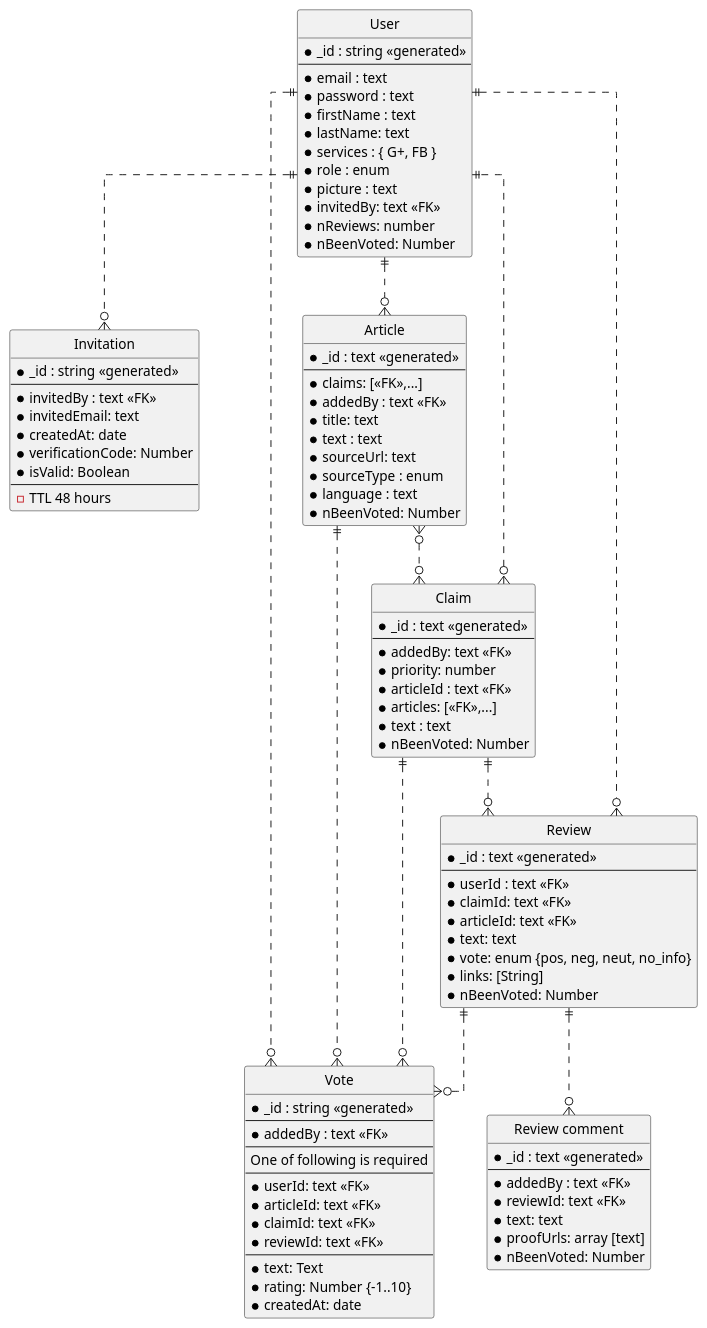
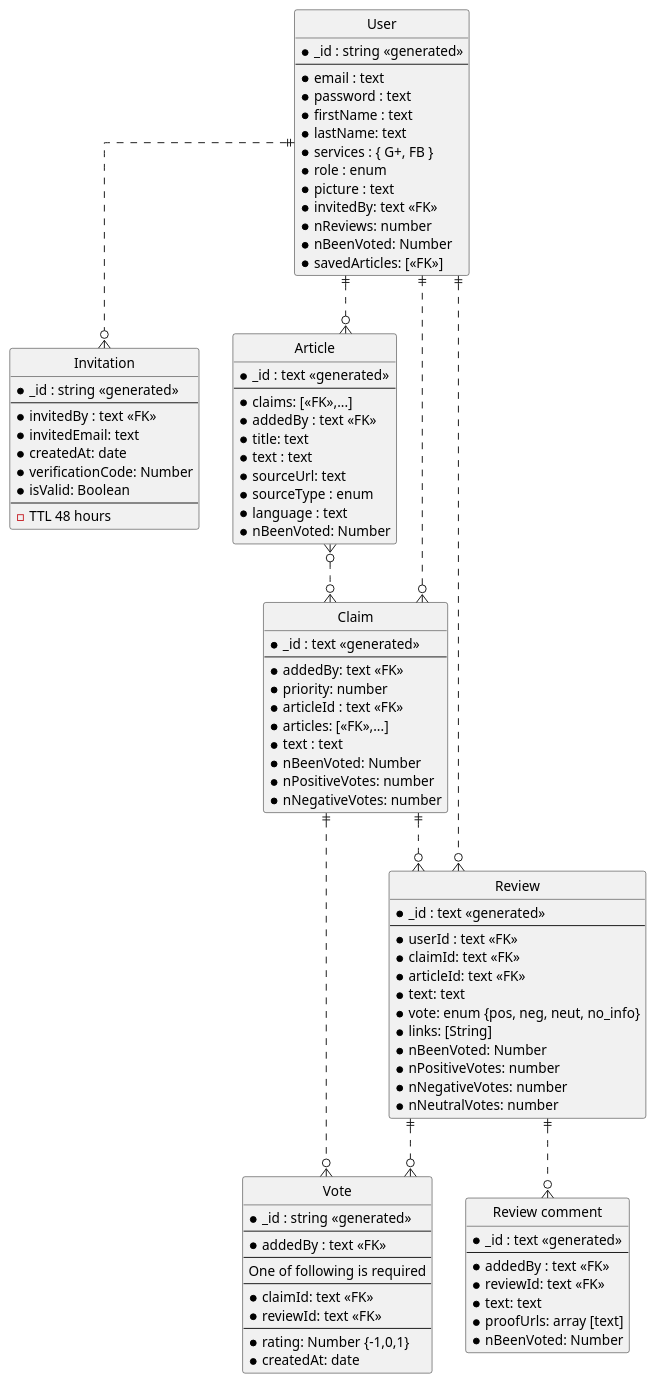
One commit to aic-factcheck/fact_checking_be changed the diagram in sys_docs/entity_relations.puml. Above: the diagram before and after it, drawn with PlantUML. The commit also changed 12 other files, not shown here.

Commit message:
Added saved articles and vote for claims/reviews

```diff
--- a/sys_docs/entity_relations.puml
+++ b/sys_docs/entity_relations.puml
@@ -1,109 +1,115 @@
 @startuml Entity relations
 ' hide the spot
 hide circle
 
 ' avoid problems with angled crows feet
 skinparam linetype ortho
 
 entity "User" as user {
   *_id : string <<generated>>
   --
   *email : text
   *password : text
   *firstName : text
   *lastName: text
   *services : { G+, FB }
   *role : enum
   *picture : text
   *invitedBy: text <<FK>>
   *nReviews: number
   *nBeenVoted: Number
+  *savedArticles: [<<FK>>]
 }
 
 entity "Invitation" as inv {
   *_id : string <<generated>>
   --
   *invitedBy : text <<FK>>
   *invitedEmail: text
   *createdAt: date
   *verificationCode: Number
   *isValid: Boolean
   --
   - TTL 48 hours
 }
 
 entity "Vote" as vote {
   *_id : string <<generated>>
   --
   *addedBy : text <<FK>>
   --
   One of following is required
   --
-  *userId: text <<FK>>
-  *articleId: text <<FK>>
+  ' *userId: text <<FK>>
+  ' *articleId: text <<FK>>
   *claimId: text <<FK>>
   *reviewId: text <<FK>>
   --
-  *text: Text
-  *rating: Number {-1..10}
+  ' *text: Text
+  *rating: Number {-1,0,1}
   *createdAt: date
 }
 
 entity "Article" as article {
   *_id : text <<generated>>
   --
   *claims: [<<FK>>,...]
   *addedBy : text <<FK>>
   *title: text
   *text : text
   *sourceUrl: text
   *sourceType : enum
   *language : text
   *nBeenVoted: Number
 }
 
 entity "Claim" as claim {
   *_id : text <<generated>>
   --
   *addedBy: text <<FK>>
   *priority: number
   *articleId : text <<FK>>
   *articles: [<<FK>>,...]
   *text : text
   *nBeenVoted: Number
+  *nPositiveVotes: number
+  *nNegativeVotes: number
 }
 
 entity "Review" as review {
   *_id : text <<generated>>
   --
   *userId : text <<FK>>
   *claimId: text <<FK>>
   *articleId: text <<FK>>
   *text: text
   *vote: enum {pos, neg, neut, no_info}
   *links: [String]
   *nBeenVoted: Number
+  *nPositiveVotes: number
+  *nNegativeVotes: number
+  *nNeutralVotes: number
 }
 
 entity "Review comment" as reviewComment {
   *_id : text <<generated>>
   --
   *addedBy : text <<FK>>
   *reviewId: text <<FK>>
   *text: text
   *proofUrls: array [text] 
   *nBeenVoted: Number
 }
 
 user ||..o{ article
 user ||..o{ inv
 article }o..o{ claim
-article ||..o{ vote
+' article ||..o{ vote
 user ||..o{ review
-user ||..o{ vote
+' user ||..o{ vote
 claim ||..o{ review
 claim }o..|| user
 claim ||..o{ vote
 review ||..o{ reviewComment
 review ||..o{ vote
 @enduml
```
